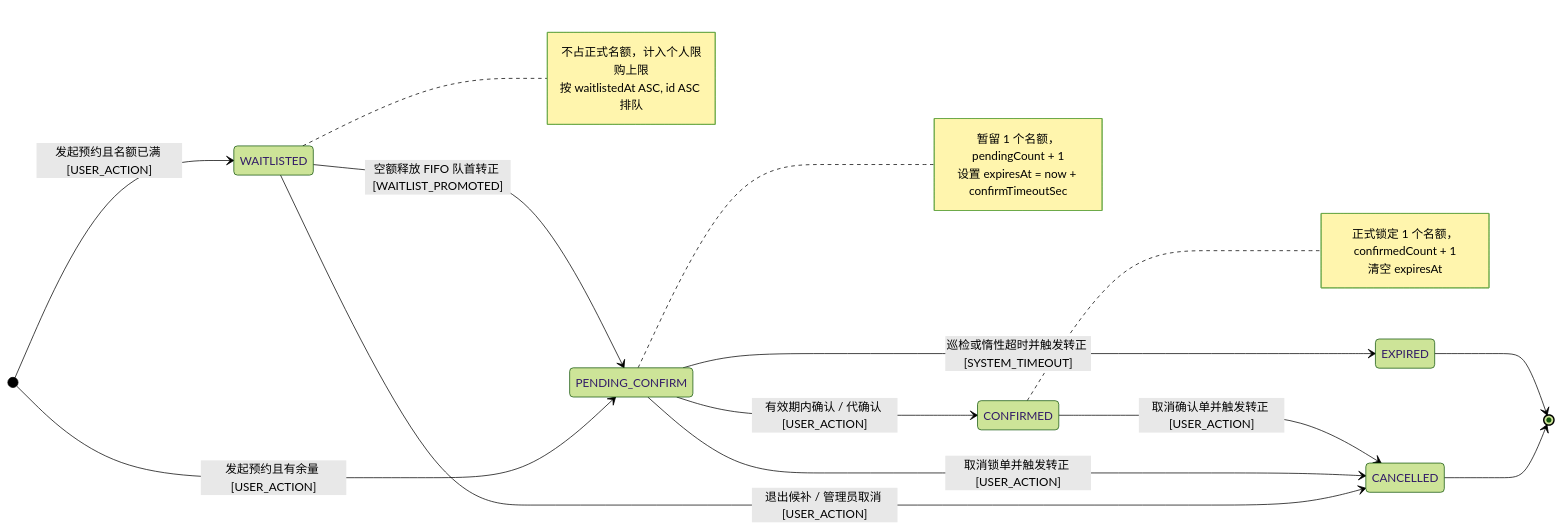
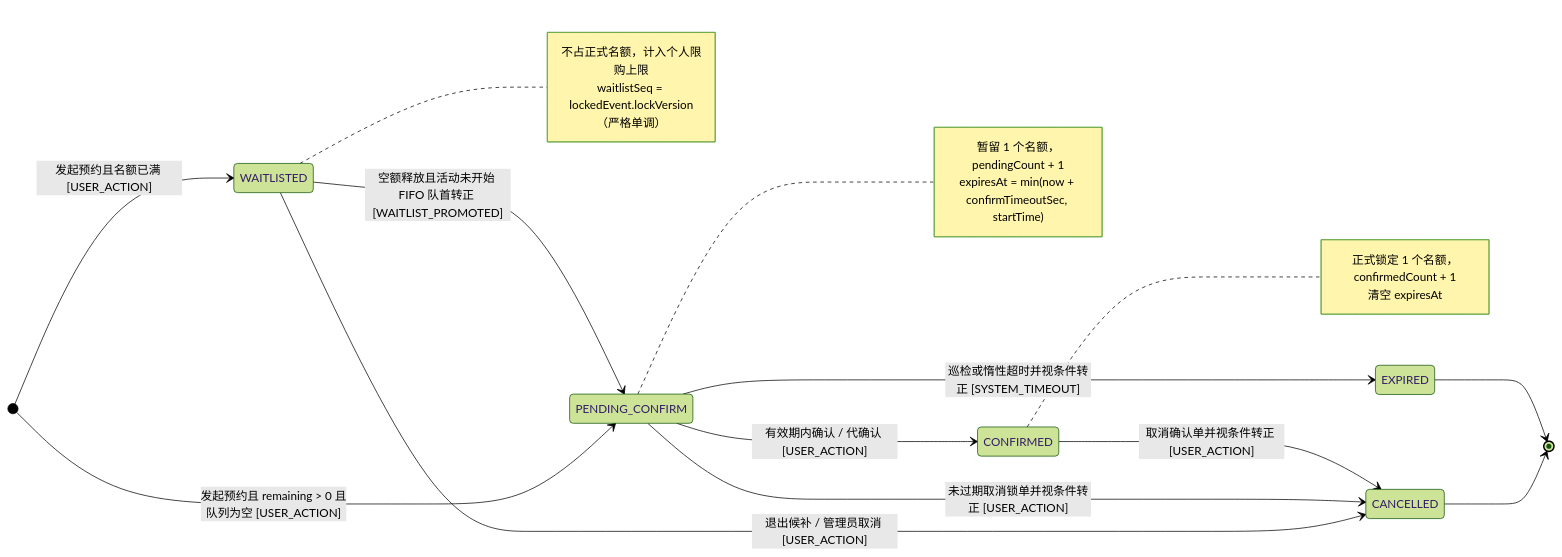
The diagram in docs/architecture.md (Shenyun3/event-reservation-queue), drawn with Mermaid (forest theme) before and after one commit. The commit also changed other lines of this file and 3 other files, not shown here.

Commit message:
docs: revise architecture, database, and decisions per review findings (Go)

````diff
--- a/docs/architecture.md
+++ b/docs/architecture.md
@@ -148,33 +270,33 @@
 ```mermaid
 stateDiagram-v2
     direction LR
-    [*] --> PENDING_CONFIRM : 发起预约且有余量 [USER_ACTION]
+    [*] --> PENDING_CONFIRM : 发起预约且 remaining > 0 且队列为空 [USER_ACTION]
     [*] --> WAITLISTED : 发起预约且名额已满 [USER_ACTION]
 
-    WAITLISTED --> PENDING_CONFIRM : 空额释放 FIFO 队首转正 [WAITLIST_PROMOTED]
+    WAITLISTED --> PENDING_CONFIRM : 空额释放且活动未开始 FIFO 队首转正 [WAITLIST_PROMOTED]
     WAITLISTED --> CANCELLED : 退出候补 / 管理员取消 [USER_ACTION]
 
     PENDING_CONFIRM --> CONFIRMED : 有效期内确认 / 代确认 [USER_ACTION]
-    PENDING_CONFIRM --> CANCELLED : 取消锁单并触发转正 [USER_ACTION]
-    PENDING_CONFIRM --> EXPIRED : 巡检或惰性超时并触发转正 [SYSTEM_TIMEOUT]
+    PENDING_CONFIRM --> CANCELLED : 未过期取消锁单并视条件转正 [USER_ACTION]
+    PENDING_CONFIRM --> EXPIRED : 巡检或惰性超时并视条件转正 [SYSTEM_TIMEOUT]
 
-    CONFIRMED --> CANCELLED : 取消确认单并触发转正 [USER_ACTION]
+    CONFIRMED --> CANCELLED : 取消确认单并视条件转正 [USER_ACTION]
 
     CANCELLED --> [*]
     EXPIRED --> [*]
 
     note right of PENDING_CONFIRM
         暂留 1 个名额，pendingCount + 1
-        设置 expiresAt = now + confirmTimeoutSec
+        expiresAt = min(now + confirmTimeoutSec, startTime)
     end note
 
     note right of WAITLISTED
         不占正式名额，计入个人限购上限
-        按 waitlistedAt ASC, id ASC 排队
+        waitlistSeq = lockedEvent.lockVersion（严格单调）
     end note
 
     note right of CONFIRMED
         正式锁定 1 个名额，confirmedCount + 1
         清空 expiresAt
     end note
 ```
````
